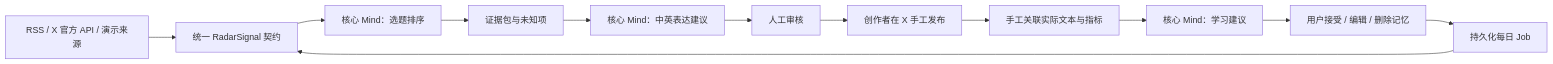
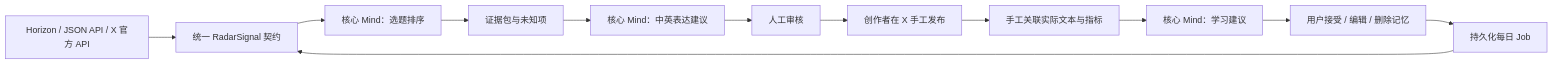
One commit to sanyulin/x-news-toolbox-agent changed the diagram in docs/architecture.md. Above: the diagram before and after it, drawn with Mermaid. The commit also changed other lines of this file and 59 other files, not shown here.

Commit message:
Integrate Horizon radar and simplify workbench

````diff
--- a/docs/architecture.md
+++ b/docs/architecture.md
@@ -5,14 +5,14 @@
 ```mermaid
 flowchart LR
-  A["RSS / X 官方 API / 演示来源"] --> B["统一 RadarSignal 契约"]
+  A["Horizon / JSON API / X 官方 API"] --> B["统一 RadarSignal 契约"]
   B --> C["核心 Mind：选题排序"]
   C --> D["证据包与未知项"]
   D --> E["核心 Mind：中英表达建议"]
   E --> F["人工审核"]
   F --> G["创作者在 X 手工发布"]
   G --> H["手工关联实际文本与指标"]
   H --> I["核心 Mind：学习建议"]
   I --> J["用户接受 / 编辑 / 删除记忆"]
   J --> K["持久化每日 Job"]
   K --> B
 ```
````
